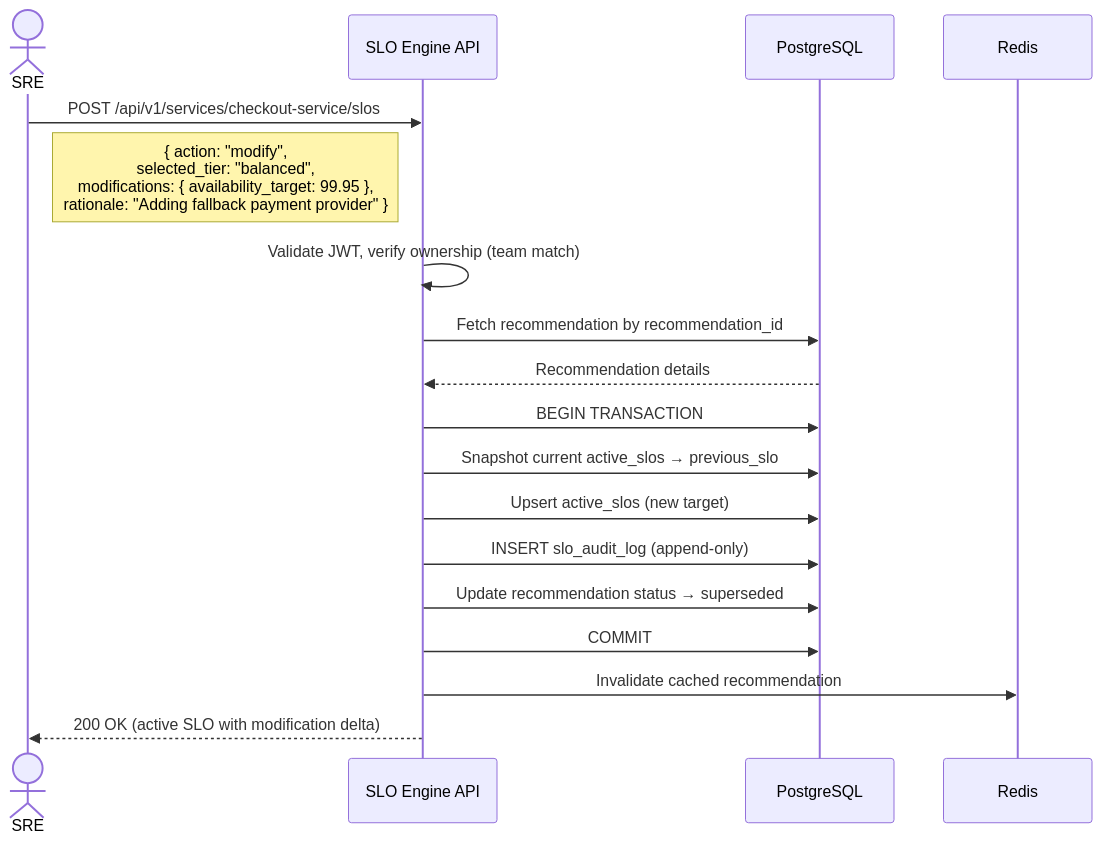
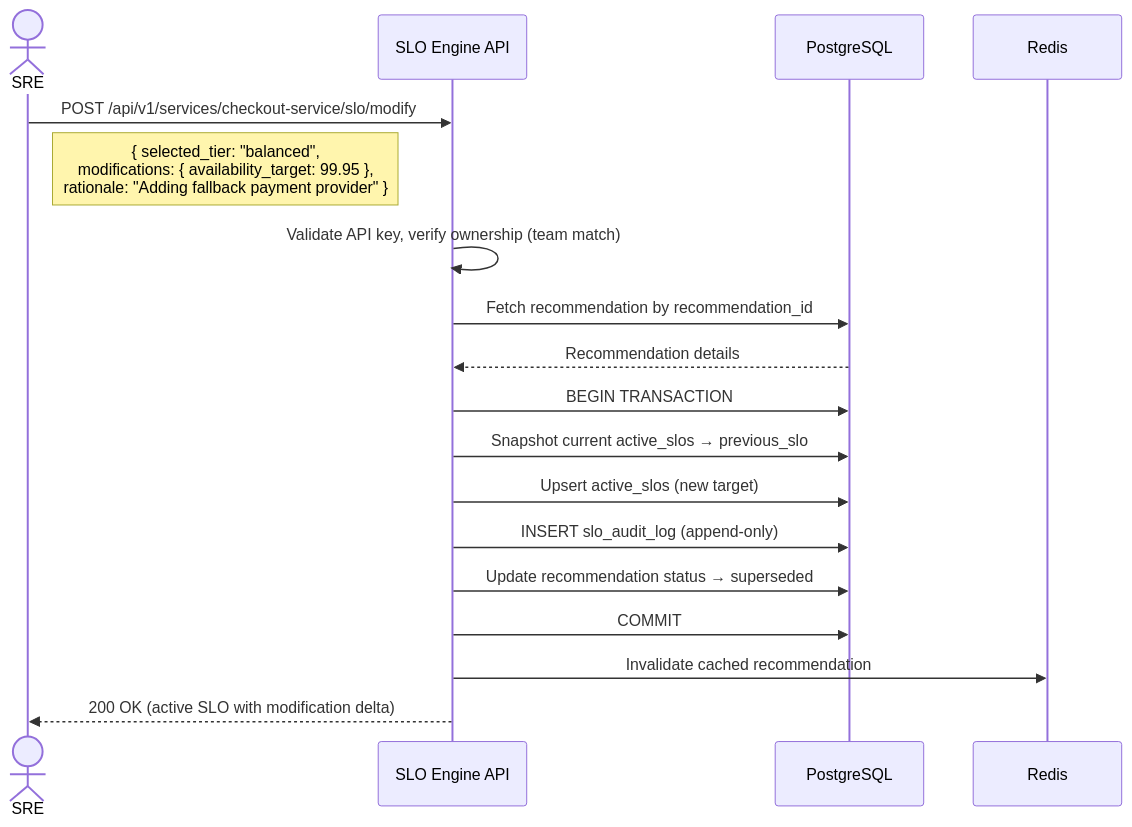
The sixth of 8 diagrams in docs/2_architecture/system_design.md (anant-gupta-utexas/slo-recommendation-engine), drawn with Mermaid before and after one commit. The commit also changed other lines of this file, not shown here.

````diff
--- a/docs/2_architecture/system_design.md
+++ b/docs/2_architecture/system_design.md
@@ -441,24 +613,24 @@
 ```mermaid
 sequenceDiagram
     actor SRE
     participant API as SLO Engine API
     participant DB as PostgreSQL
     participant Cache as Redis
 
-    SRE->>API: POST /api/v1/services/checkout-service/slos
-    Note right of SRE: { action: "modify",<br/>selected_tier: "balanced",<br/>modifications: { availability_target: 99.95 },<br/>rationale: "Adding fallback payment provider" }
+    SRE->>API: POST /api/v1/services/checkout-service/slo/modify
+    Note right of SRE: { selected_tier: "balanced",<br/>modifications: { availability_target: 99.95 },<br/>rationale: "Adding fallback payment provider" }
 
-    API->>API: Validate JWT, verify ownership (team match)
+    API->>API: Validate API key, verify ownership (team match)
     API->>DB: Fetch recommendation by recommendation_id
     DB-->>API: Recommendation details
 
     API->>DB: BEGIN TRANSACTION
     API->>DB: Snapshot current active_slos → previous_slo
     API->>DB: Upsert active_slos (new target)
     API->>DB: INSERT slo_audit_log (append-only)
     API->>DB: Update recommendation status → superseded
     API->>DB: COMMIT
 
     API->>Cache: Invalidate cached recommendation
     API-->>SRE: 200 OK (active SLO with modification delta)
 ```
````
